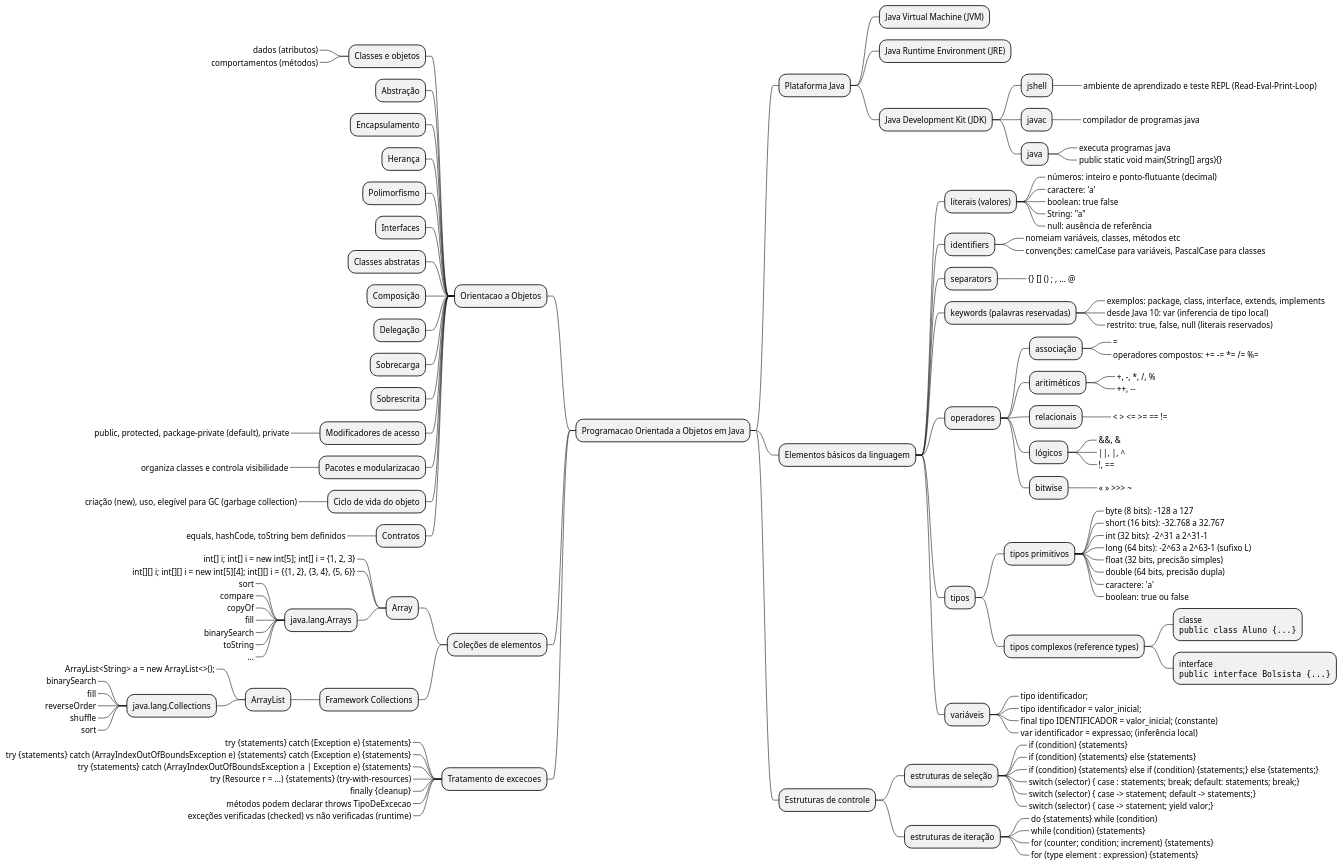
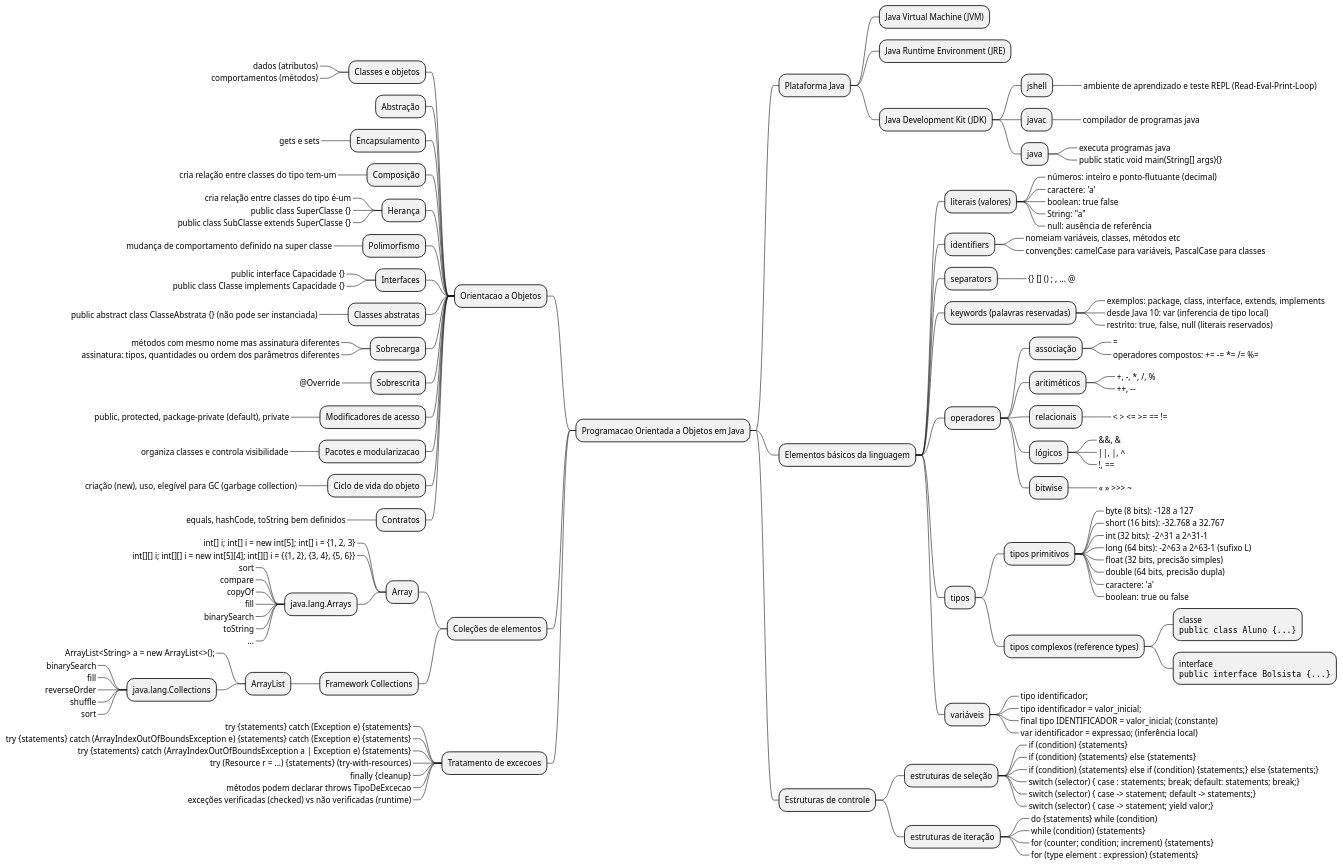
The diagram in lectures/mapa-mental.puml (caioamorim7/poo), drawn with PlantUML before and after one commit.

Commit message:
melhorias

```diff
--- a/lectures/mapa-mental.puml
+++ b/lectures/mapa-mental.puml
@@ -1,133 +1,145 @@
 @startmindmap
 * Programacao Orientada a Objetos em Java
 ** Plataforma Java
 *** Java Virtual Machine (JVM)
 *** Java Runtime Environment (JRE)
 *** Java Development Kit (JDK)
 **** jshell
 *****_ ambiente de aprendizado e teste REPL (Read-Eval-Print-Loop)
 **** javac
 *****_ compilador de programas java
 **** java
 *****_ executa programas java
 *****_ public static void main(String[] args){}
 ** Elementos básicos da linguagem
 *** literais (valores)
 ****_ números: inteiro e ponto-flutuante (decimal)
 ****_ caractere: 'a'
 ****_ boolean: true false
 ****_ String: "a"
 ****_ null: ausência de referência
 *** identifiers
 ****_ nomeiam variáveis, classes, métodos etc
 ****_ convenções: camelCase para variáveis, PascalCase para classes
 *** separators
 ****_ {} [] () ; , ... @
 *** keywords (palavras reservadas)
 ****_ exemplos: package, class, interface, extends, implements
 ****_ desde Java 10: var (inferencia de tipo local)
 ****_ restrito: true, false, null (literais reservados)
 *** operadores
 **** associação
 *****_ =
 *****_ operadores compostos: += -= *= /= %=
 **** aritiméticos
 *****_ +, -, *, /, %
 *****_ ++, --
 **** relacionais
 *****_ < > <= >= == !=
 **** lógicos
 *****_ &&, &
 *****_ ||, |, ^
 *****_ !, ==
 **** bitwise
 *****_ << >> >>> ~
 *** tipos
 **** tipos primitivos
 *****_ byte (8 bits): -128 a 127
 *****_ short (16 bits): -32.768 a 32.767
 *****_ int (32 bits): -2^31 a 2^31-1
 *****_ long (64 bits): -2^63 a 2^63-1 (sufixo L)
 *****_ float (32 bits, precisão simples)
 *****_ double (64 bits, precisão dupla)
 *****_ caractere: 'a'
 *****_ boolean: true ou false
 **** tipos complexos (reference types)
 *****:classe
 <code>
 public class Aluno {...}
 </code>;
 *****:interface
 <code>
 public interface Bolsista {...}
 </code>;
 *** variáveis
 ****_ tipo identificador;
 ****_ tipo identificador = valor_inicial;
 ****_ final tipo IDENTIFICADOR = valor_inicial; (constante)
 ****_ var identificador = expressao; (inferência local)
 ** Estruturas de controle
 *** estruturas de seleção
 ****_ if (condition) {statements}
 ****_ if (condition) {statements} else {statements}
 ****_ if (condition) {statements} else if (condition) {statements;} else {statements;}
 ****_ switch (selector) { case : statements; break; default: statements; break;}
 ****_ switch (selector) { case -> statement; default -> statements;}
 ****_ switch (selector) { case -> statement; yield valor;}
 *** estruturas de iteração
 ****_ do {statements} while (condition)
 ****_ while (condition) {statements}
 ****_ for (counter; condition; increment) {statements}
 ****_ for (type element : expression) {statements}
 -- Orientacao a Objetos
 --- Classes e objetos
 ----_ dados (atributos)
 ----_ comportamentos (métodos)
 --- Abstração
 --- Encapsulamento
+----_ gets e sets
+--- Composição
+----_ cria relação entre classes do tipo tem-um
 --- Herança
+----_ cria relação entre classes do tipo é-um
+----_ public class SuperClasse {}
+----_ public class SubClasse extends SuperClasse {}
 --- Polimorfismo
+----_ mudança de comportamento definido na super classe
 --- Interfaces
+----_ public interface Capacidade {}
+----_ public class Classe implements Capacidade {}
 --- Classes abstratas
---- Composição
---- Delegação
+----_ public abstract class ClasseAbstrata {} (não pode ser instanciada)
+
 --- Sobrecarga
+----_ métodos com mesmo nome mas assinatura diferentes
+----_ assinatura: tipos, quantidades ou ordem dos parâmetros diferentes
 --- Sobrescrita
+----_ @Override
 --- Modificadores de acesso
 ----_ public, protected, package-private (default), private
 --- Pacotes e modularizacao
 ----_ organiza classes e controla visibilidade
 --- Ciclo de vida do objeto
 ----_ criação (new), uso, elegível para GC (garbage collection)
 --- Contratos
 ----_ equals, hashCode, toString bem definidos
 -- Coleções de elementos
 --- Array
 ----_ int[] i; int[] i = new int[5]; int[] i = {1, 2, 3}
 ----_ int[][] i; int[][] i = new int[5][4]; int[][] i = {{1, 2}, {3, 4}, {5, 6}}
 ---- java.lang.Arrays
 -----_ sort
 -----_ compare
 -----_ copyOf
 -----_ fill
 -----_ binarySearch
 -----_ toString
 -----_ ...
 --- Framework Collections
 ---- ArrayList
 -----_ ArrayList<String> a = new ArrayList<>();
 ----- java.lang.Collections
 ------_ binarySearch
 ------_ fill
 ------_ reverseOrder
 ------_ shuffle
 ------_ sort
 -- Tratamento de excecoes
 ---_ try {statements} catch (Exception e) {statements}
 ---_ try {statements} catch (ArrayIndexOutOfBoundsException e) {statements} catch (Exception e) {statements}
 ---_ try {statements} catch (ArrayIndexOutOfBoundsException a | Exception e) {statements}
 ---_ try (Resource r = ...) {statements} (try-with-resources)
 ---_ finally {cleanup}
 ---_ métodos podem declarar throws TipoDeExcecao
 ---_ exceções verificadas (checked) vs não verificadas (runtime)
 @endmindmap
```
